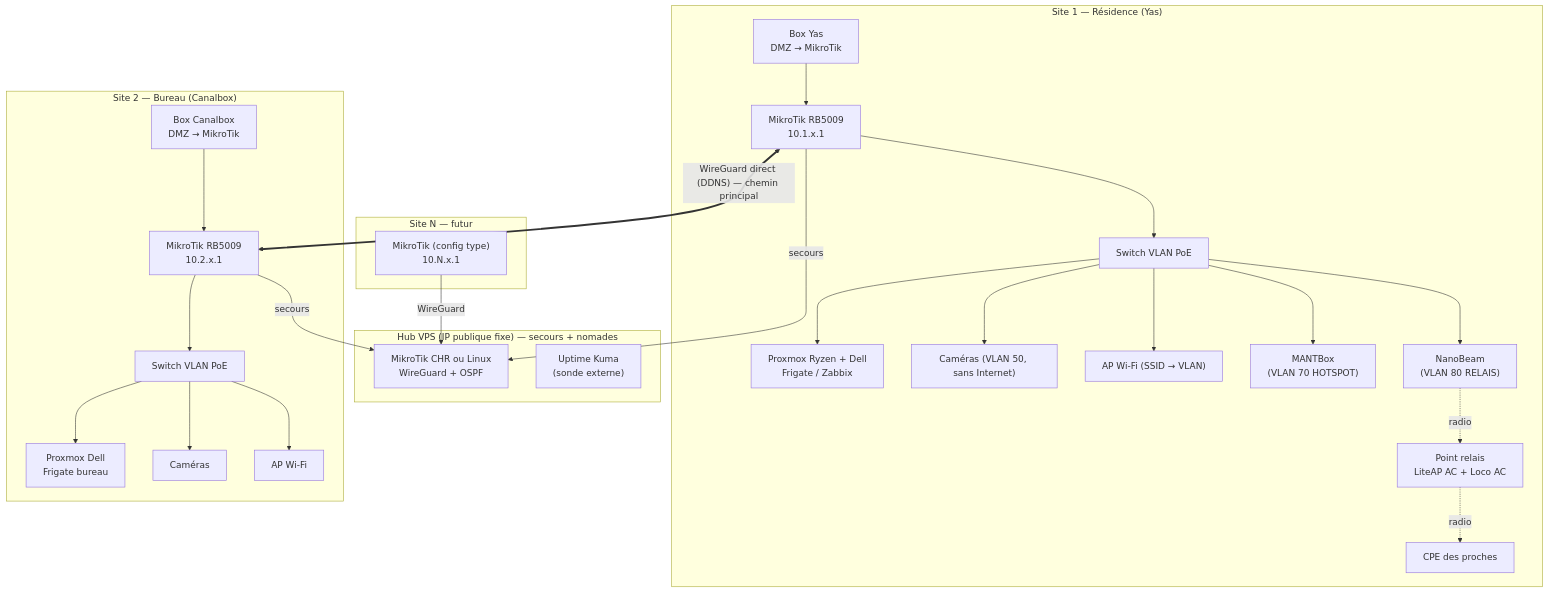
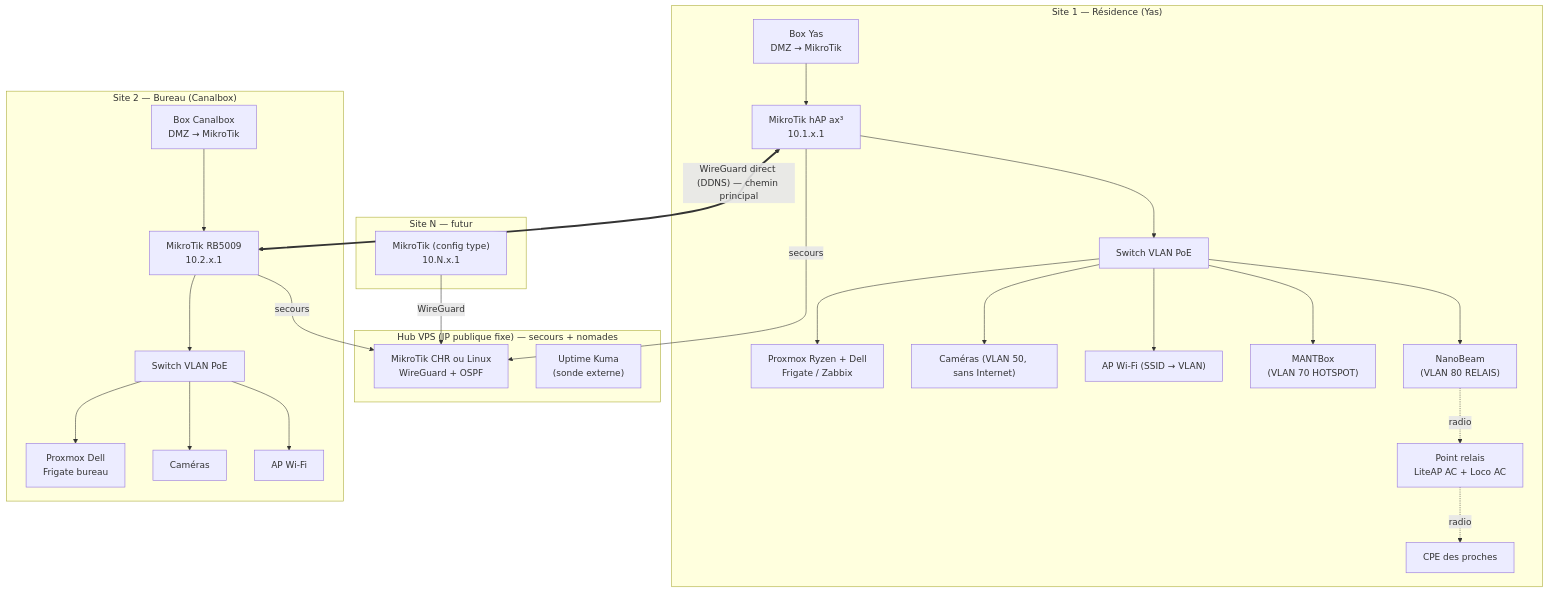
One commit to dlyrad/homenet changed the diagram in docs/02-architecture.md. Above: the diagram before and after it, drawn with Mermaid. The commit also changed other lines of this file and 2 other files, not shown here.

First line of the commit message:
Remplace le RB5009 par le hAP ax³ à la résidence dans l'architecture

````diff
--- a/docs/02-architecture.md
+++ b/docs/02-architecture.md
@@ -5,36 +5,36 @@
 ```mermaid
 flowchart TB
     subgraph VPS["Hub VPS (IP publique fixe) — secours + nomades"]
         HUB["MikroTik CHR ou Linux<br/>WireGuard + OSPF"]
         KUMA["Uptime Kuma<br/>(sonde externe)"]
     end
 
     subgraph S1["Site 1 — Résidence (Yas)"]
-        BOX1["Box Yas<br/>DMZ → MikroTik"] --> R1["MikroTik RB5009<br/>10.1.x.1"]
+        BOX1["Box Yas<br/>DMZ → MikroTik"] --> R1["MikroTik hAP ax³<br/>10.1.x.1"]
         R1 --> SW1["Switch VLAN PoE"]
         SW1 --> PVE1["Proxmox Ryzen + Dell<br/>Frigate / Zabbix"]
         SW1 --> CAM1["Caméras (VLAN 50, sans Internet)"]
         SW1 --> AP1["AP Wi-Fi (SSID → VLAN)"]
         SW1 --> MANT["MANTBox<br/>(VLAN 70 HOTSPOT)"]
         SW1 --> NB["NanoBeam<br/>(VLAN 80 RELAIS)"]
         NB -. radio .-> RELAY["Point relais<br/>LiteAP AC + Loco AC"]
         RELAY -. radio .-> PROCHES["CPE des proches"]
     end
 
     subgraph S2["Site 2 — Bureau (Canalbox)"]
         BOX2["Box Canalbox<br/>DMZ → MikroTik"] --> R2["MikroTik RB5009<br/>10.2.x.1"]
         R2 --> SW2["Switch VLAN PoE"]
         SW2 --> PVE2["Proxmox Dell<br/>Frigate bureau"]
         SW2 --> CAM2["Caméras"]
         SW2 --> AP2["AP Wi-Fi"]
     end
 
     subgraph SN["Site N — futur"]
         RN["MikroTik (config type)<br/>10.N.x.1"]
     end
 
     R1 <== "WireGuard direct (DDNS) — chemin principal" ==> R2
     R1 -- "secours" --> HUB
     R2 -- "secours" --> HUB
     RN -- "WireGuard" --> HUB
 ```
````
